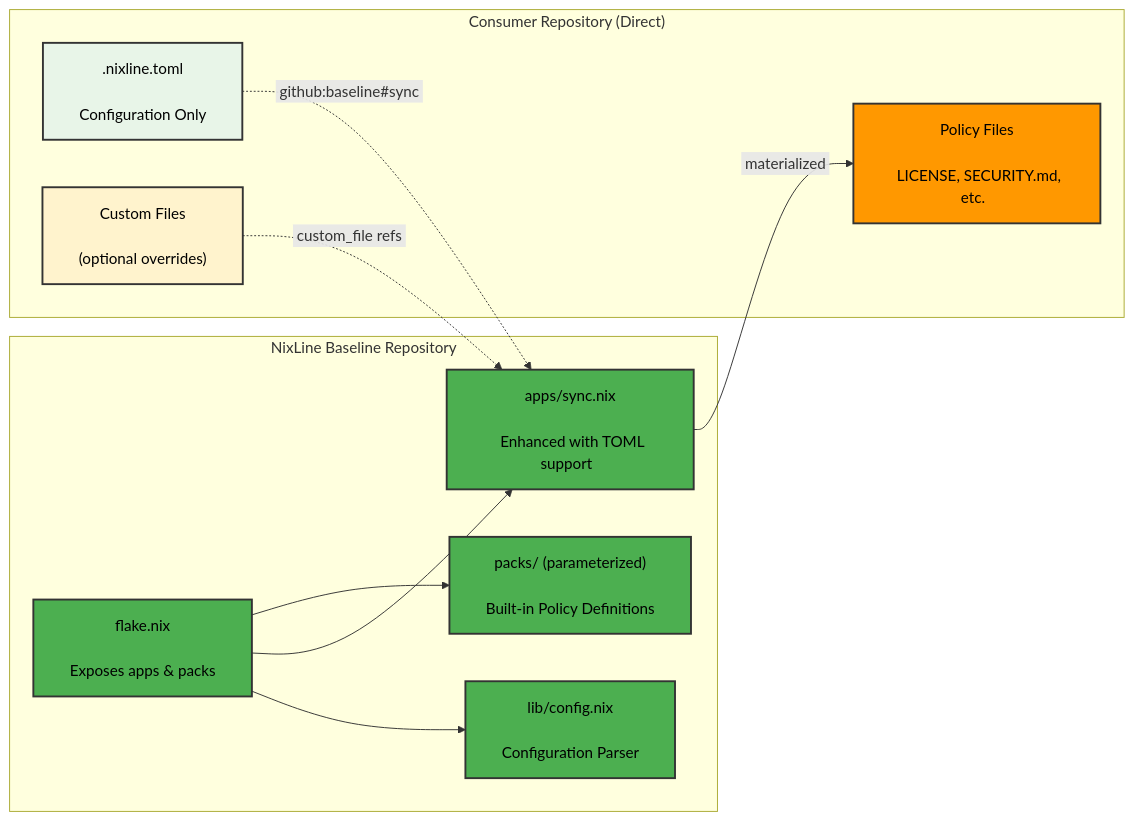
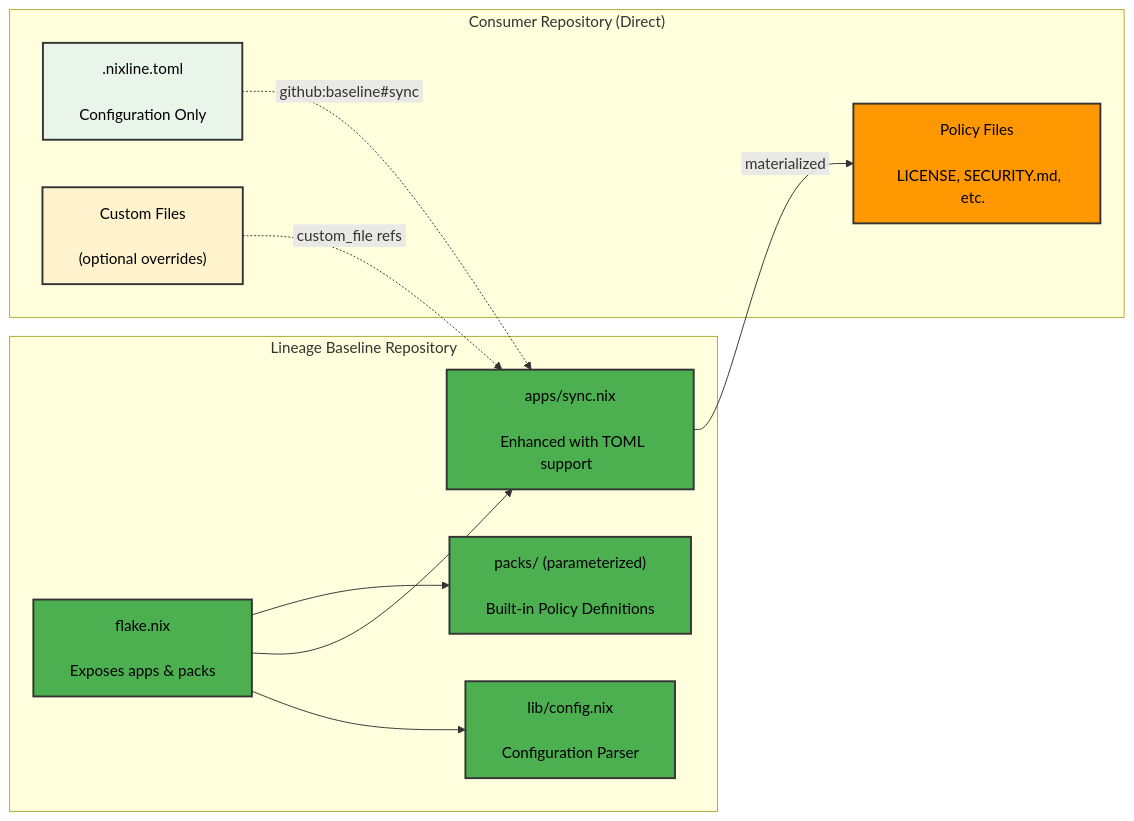
One commit to NixLine-org/nixline-baseline changed the fourth of 11 diagrams in README.md. Above: the diagram before and after it, drawn with Mermaid. The commit also changed other lines of this file and 1 other file, not shown here.

Commit message:
Fix TOC links and update workflow org reference to Lineage-org

````diff
--- a/README.md
+++ b/README.md
@@ -314,30 +315,30 @@
 ```mermaid
 graph LR
-    subgraph baseline["&nbsp;&nbsp;&nbsp;&nbsp;NixLine Baseline Repository&nbsp;&nbsp;&nbsp;&nbsp;"]
+    subgraph baseline["&nbsp;&nbsp;&nbsp;&nbsp;Lineage Baseline Repository&nbsp;&nbsp;&nbsp;&nbsp;"]
         B1["&nbsp;&nbsp;flake.nix&nbsp;&nbsp;<br/>&nbsp;<br/>&nbsp;&nbsp;Exposes apps & packs&nbsp;&nbsp;"]
         B2["&nbsp;&nbsp;packs/ (parameterized)&nbsp;&nbsp;<br/>&nbsp;<br/>&nbsp;&nbsp;Built-in Policy Definitions&nbsp;&nbsp;"]
         B3["&nbsp;&nbsp;apps/sync.nix&nbsp;&nbsp;<br/>&nbsp;<br/>&nbsp;&nbsp;Enhanced with TOML support&nbsp;&nbsp;"]
         B4["&nbsp;&nbsp;lib/config.nix&nbsp;&nbsp;<br/>&nbsp;<br/>&nbsp;&nbsp;Configuration Parser&nbsp;&nbsp;"]
         B1 --> B2
         B1 --> B3
         B1 --> B4
     end
 
     subgraph consumer["&nbsp;&nbsp;&nbsp;&nbsp;Consumer Repository (Direct)&nbsp;&nbsp;&nbsp;&nbsp;"]
         C1["&nbsp;&nbsp;.nixline.toml&nbsp;&nbsp;<br/>&nbsp;<br/>&nbsp;&nbsp;Configuration Only&nbsp;&nbsp;"]
         C2["&nbsp;&nbsp;Policy Files&nbsp;&nbsp;<br/>&nbsp;<br/>&nbsp;&nbsp;LICENSE, SECURITY.md, etc.&nbsp;&nbsp;"]
         C3["&nbsp;&nbsp;Custom Files&nbsp;&nbsp;<br/>&nbsp;<br/>&nbsp;&nbsp;(optional overrides)&nbsp;&nbsp;"]
     end
 
     C1 -.->|"&nbsp;github:baseline#sync&nbsp;"| B3
     C3 -.->|"&nbsp;custom_file refs&nbsp;"| B3
     B3 -->|"&nbsp;materialized&nbsp;"| C2
 
     style B1 fill:#4CAF50,color:#000000,stroke:#333,stroke-width:2px
     style B2 fill:#4CAF50,color:#000000,stroke:#333,stroke-width:2px
     style B3 fill:#4CAF50,color:#000000,stroke:#333,stroke-width:2px
     style B4 fill:#4CAF50,color:#000000,stroke:#333,stroke-width:2px
     style C1 fill:#e8f5e8,color:#000000,stroke:#333,stroke-width:2px
     style C2 fill:#FF9800,color:#000000,stroke:#333,stroke-width:2px
     style C3 fill:#fff3cd,color:#000000,stroke:#333,stroke-width:2px
 ```
````
